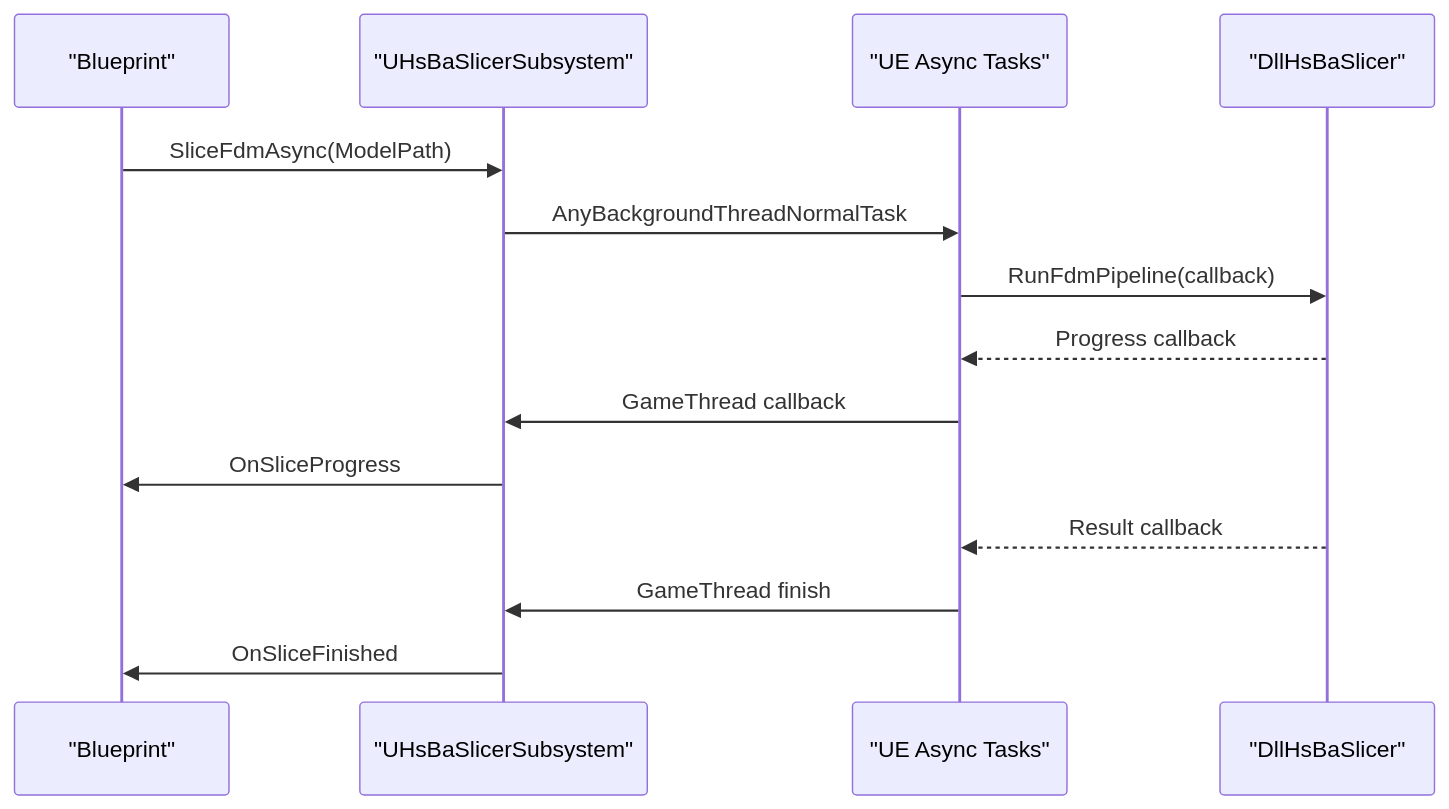
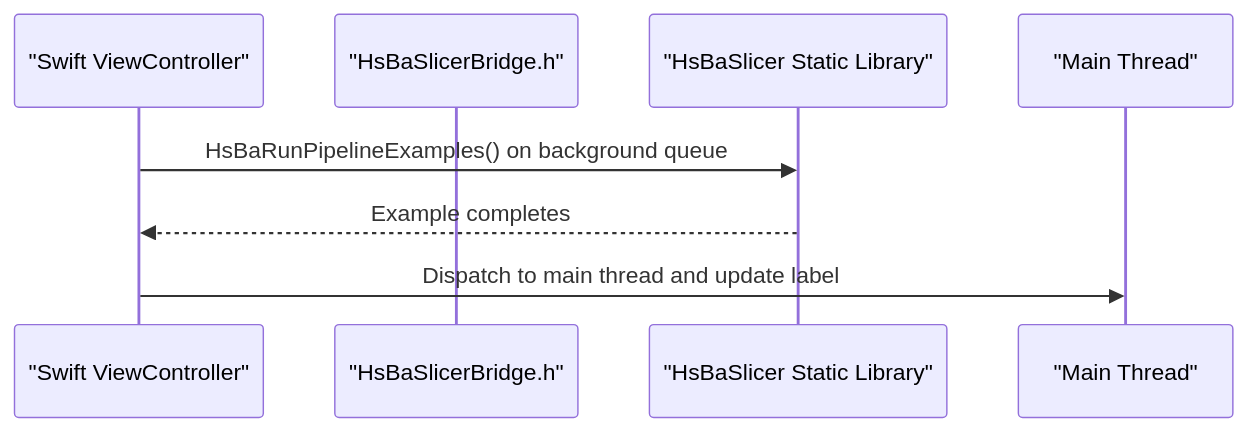
The eighth of 9 diagrams in .qoder/repowiki/en/content/Integration Guide/Integration Guide.md (hsmbanlance/HsBaSlicer), drawn with Mermaid before and after one commit. The commit also changed other lines of this file and 1095 other files, not shown here.

````diff
--- a/.qoder/repowiki/en/content/Integration Guide/Integration Guide.md
+++ b/.qoder/repowiki/en/content/Integration Guide/Integration Guide.md
@@ -466,16 +284,10 @@
 ```mermaid
 sequenceDiagram
-participant Blueprint as "Blueprint"
-participant Subsystem as "UHsBaSlicerSubsystem"
-participant UEThreads as "UE Async Tasks"
-participant Dll as "DllHsBaSlicer"
-Blueprint->>Subsystem : SliceFdmAsync(ModelPath)
-Subsystem->>UEThreads : AnyBackgroundThreadNormalTask
-UEThreads->>Dll : RunFdmPipeline(callback)
-Dll-->>UEThreads : Progress callback
-UEThreads->>Subsystem : GameThread callback
-Subsystem->>Blueprint : OnSliceProgress
-Dll-->>UEThreads : Result callback
-UEThreads->>Subsystem : GameThread finish
-Subsystem->>Blueprint : OnSliceFinished
+participant Swift as "Swift ViewController"
+participant Bridge as "HsBaSlicerBridge.h"
+participant StaticLib as "HsBaSlicer Static Library"
+participant UI as "Main Thread"
+Swift->>StaticLib : HsBaRunPipelineExamples() on background queue
+StaticLib-->>Swift : Example completes
+Swift->>UI : Dispatch to main thread and update label
 ```
````
